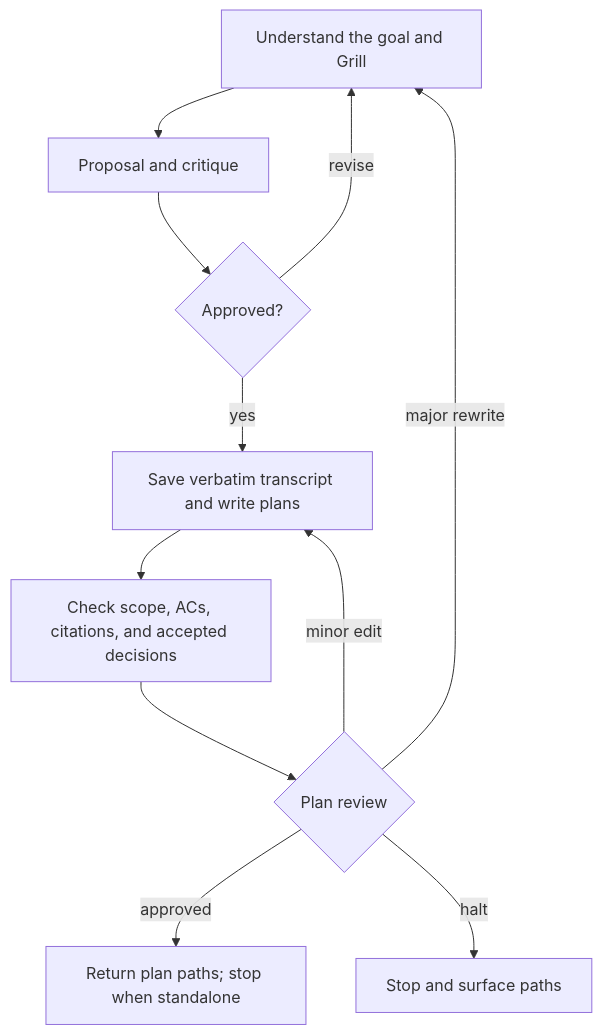
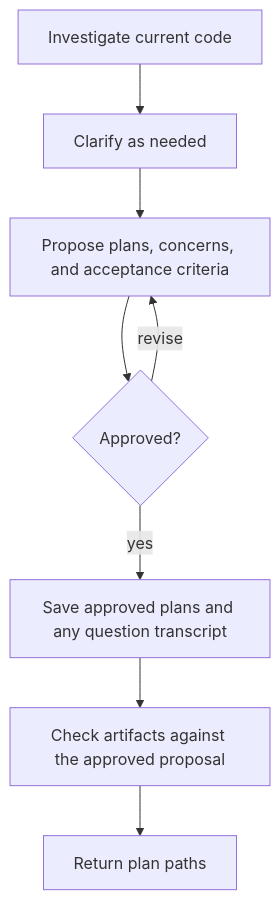
Before and after one commit to mrStorrs/dreamers-copilot: the diagram in .github/skills/dreamers-plan/readme.md, drawn with Mermaid. The commit also changed other lines of this file and 6 other files, not shown here.

````diff
--- a/.github/skills/dreamers-plan/readme.md
+++ b/.github/skills/dreamers-plan/readme.md
@@ -5,13 +5,10 @@
 ```mermaid
 flowchart TD
-    G[Understand the goal and Grill] --> P[Proposal and critique]
+    I[Investigate current code] --> Q[Clarify as needed]
+    Q --> P[Propose plans, concerns, and acceptance criteria]
     P --> A{Approved?}
-    A -->|revise| G
-    A -->|yes| W[Save verbatim transcript and write plans]
-    W --> C[Check scope, ACs, citations, and accepted decisions]
-    C --> R{Plan review}
-    R -->|minor edit| W
-    R -->|major rewrite| G
-    R -->|approved| E[Return plan paths; stop when standalone]
-    R -->|halt| H[Stop and surface paths]
+    A -->|revise| P
+    A -->|yes| W[Save approved plans and any question transcript]
+    W --> C[Check artifacts against the approved proposal]
+    C --> E[Return plan paths]
 ```
````
